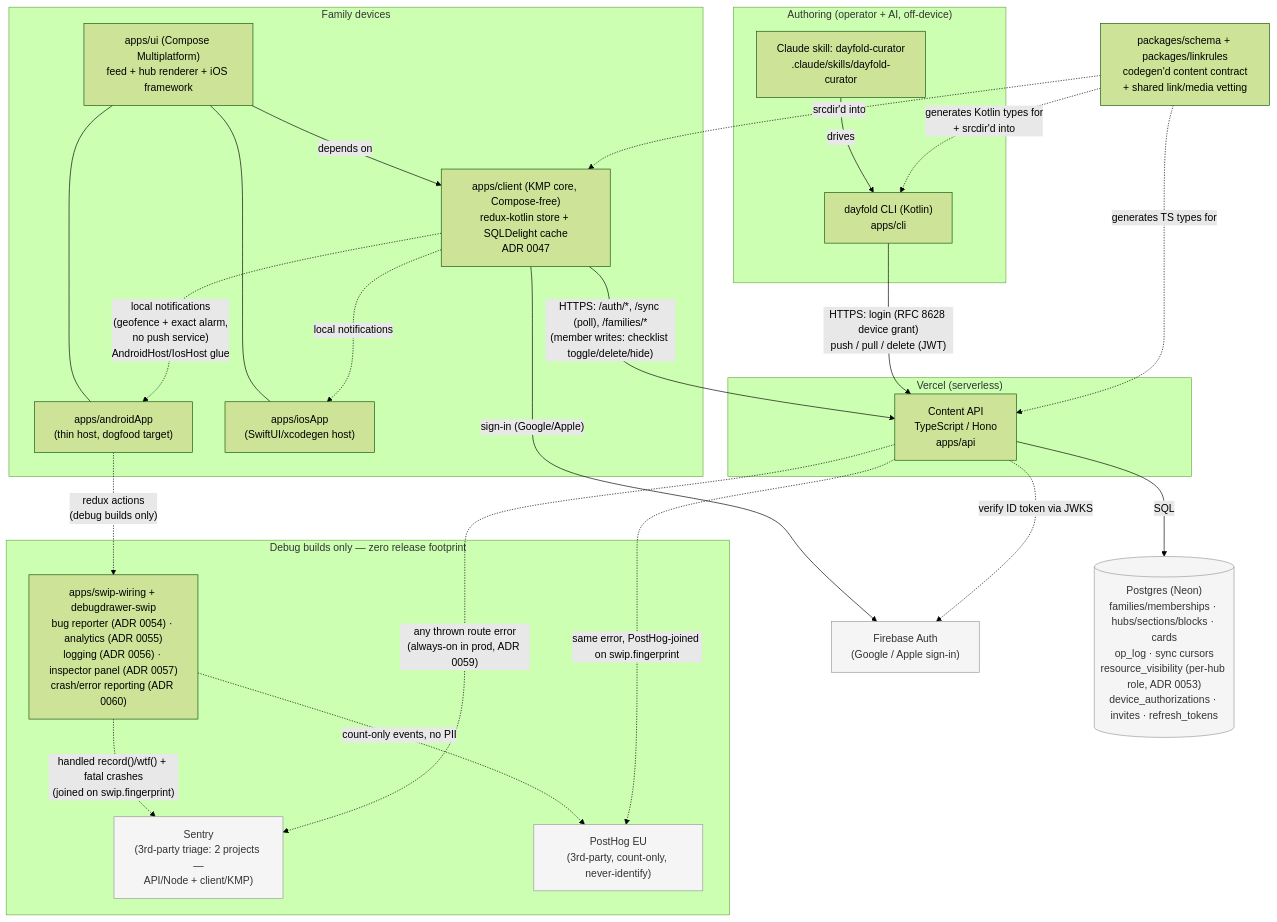
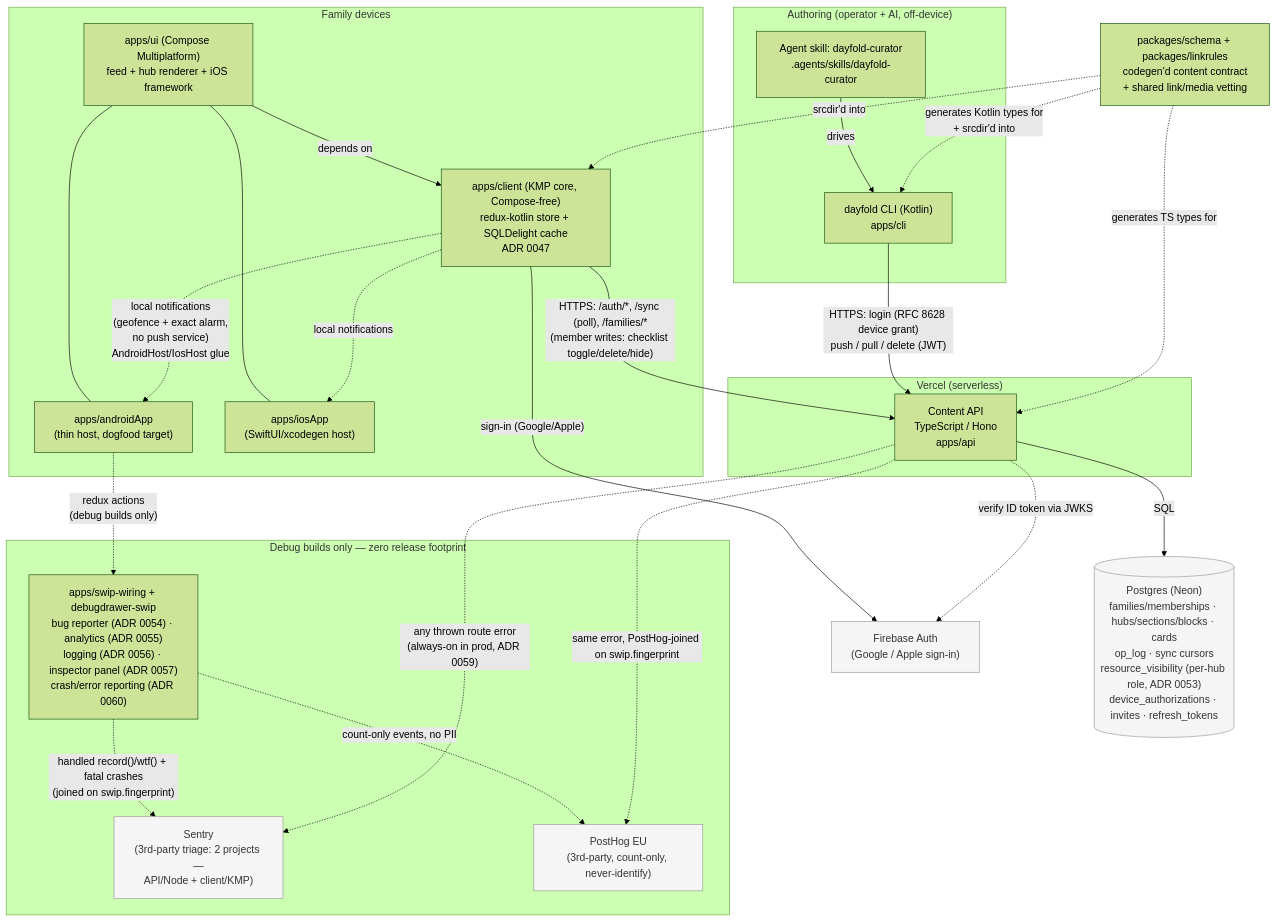
One commit to SloopWorks/dayfold changed the diagram in docs/architecture.md. Above: the diagram before and after it, drawn with Mermaid (forest theme). The commit also changed other lines of this file and 16 other files, not shown here.

````diff
--- a/docs/architecture.md
+++ b/docs/architecture.md
@@ -13,55 +13,55 @@
 ```mermaid
 flowchart TB
     subgraph Authoring["Authoring (operator + AI, off-device)"]
         CLI["dayfold CLI (Kotlin)\napps/cli"]
-        Skill["Claude skill: dayfold-curator\n.claude/skills/dayfold-curator"]
+        Skill["Agent skill: dayfold-curator\n.agents/skills/dayfold-curator"]
         Skill -- "drives" --> CLI
     end
 
     IdP["Firebase Auth\n(Google / Apple sign-in)"]
 
     subgraph Cloud["Vercel (serverless)"]
         API["Content API\nTypeScript / Hono\napps/api"]
     end
 
     Sentry["Sentry\n(3rd-party triage: 2 projects —\nAPI/Node + client/KMP)"]
 
     DB[("Postgres (Neon)\nfamilies/memberships · hubs/sections/blocks · cards\nop_log · sync cursors\nresource_visibility (per-hub role, ADR 0053)\ndevice_authorizations · invites · refresh_tokens")]
 
     subgraph Devices["Family devices"]
         Core["apps/client (KMP core, Compose-free)\nredux-kotlin store + SQLDelight cache\nADR 0047"]
         UI["apps/ui (Compose Multiplatform)\nfeed + hub renderer + iOS framework"]
         AndroidHost["apps/androidApp\n(thin host, dogfood target)"]
         IosHost["apps/iosApp\n(SwiftUI/xcodegen host)"]
         UI -- "depends on" --> Core
         UI --- AndroidHost
         UI --- IosHost
     end
 
     subgraph Debug["Debug builds only — zero release footprint"]
         Analytics["apps/swip-wiring + debugdrawer-swip\nbug reporter (ADR 0054) · analytics (ADR 0055)\nlogging (ADR 0056) · inspector panel (ADR 0057)\ncrash/error reporting (ADR 0060)"]
         PostHog["PostHog EU\n(3rd-party, count-only, never-identify)"]
         Analytics -. "count-only events, no PII" .-> PostHog
         Analytics -. "handled record()/wtf() + fatal crashes\n(joined on swip.fingerprint)" .-> Sentry
     end
 
     Shared["packages/schema + packages/linkrules\ncodegen'd content contract\n+ shared link/media vetting"]
 
     API -. "any thrown route error\n(always-on in prod, ADR 0059)" .-> Sentry
     API -. "same error, PostHog-joined on swip.fingerprint" .-> PostHog
 
     CLI -- "HTTPS: login (RFC 8628 device grant)\npush / pull / delete (JWT)" --> API
     API -- "SQL" --> DB
     Core -- "sign-in (Google/Apple)" --> IdP
     API -. "verify ID token via JWKS" .-> IdP
     Core -- "HTTPS: /auth/*, /sync (poll), /families/*\n(member writes: checklist toggle/delete/hide)" --> API
     Core -. "local notifications\n(geofence + exact alarm,\nno push service)\nAndroidHost/IosHost glue" .-> AndroidHost
     Core -. "local notifications" .-> IosHost
     AndroidHost -. "redux actions\n(debug builds only)" .-> Analytics
     Shared -. "generates TS types for" .-> API
     Shared -. "generates Kotlin types for\n+ srcdir'd into" .-> CLI
     Shared -. "srcdir'd into" .-> Core
 
     classDef ext fill:#f5f5f5,stroke:#999,color:#333;
     class DB,IdP,PostHog,Sentry ext;
 ```
````
